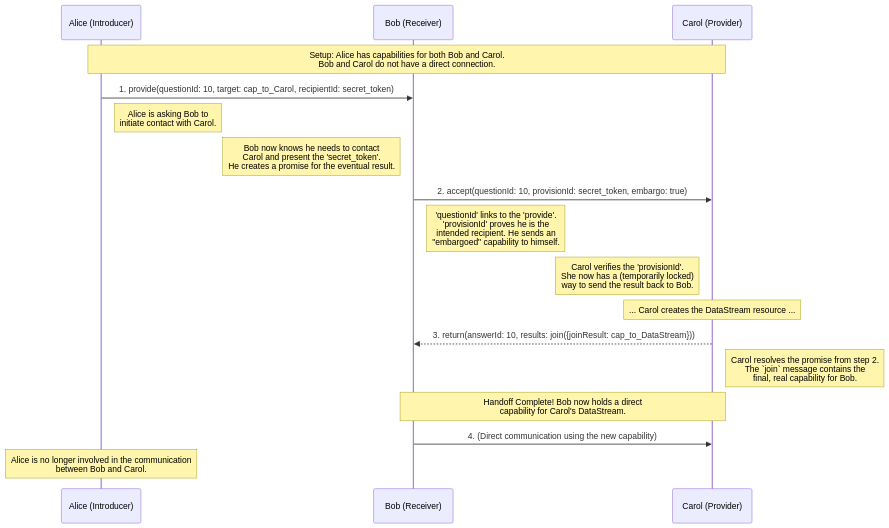
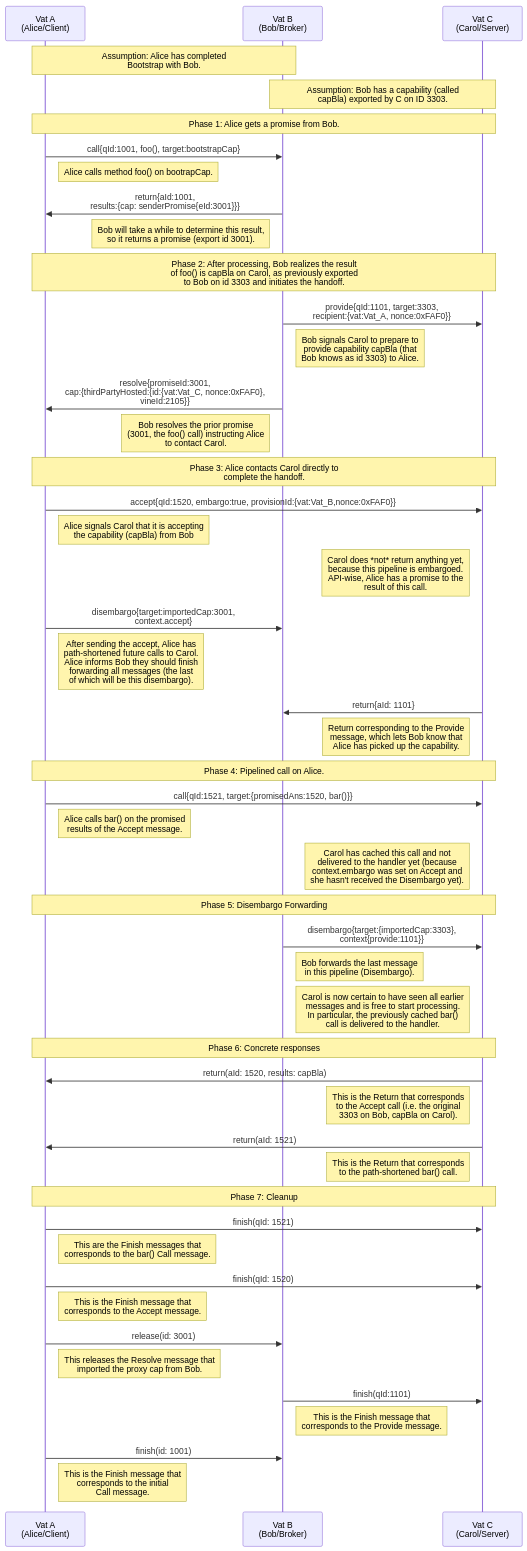
One commit to matheusd/mdcapnp changed the second of 3 diagrams in capnprpc/rpcexp.md. Above: the diagram before and after it, drawn with Mermaid. The commit also changed other lines of this file, not shown here.

Commit message:
rpc: Update doc with 3PH flows

````diff
--- a/capnprpc/rpcexp.md
+++ b/capnprpc/rpcexp.md
@@ -44,31 +54,84 @@
 ```mermaid
 sequenceDiagram
-    participant Alice as Alice (Introducer)
-    participant Bob as Bob (Receiver)
-    participant Carol as Carol (Provider)
+    participant Vat_A as Vat A<br/> (Alice/Client)
+    participant Vat_B as Vat B<br/> (Bob/Broker)
+    participant Vat_C as Vat C<br/> (Carol/Server)
 
-    Note over Alice, Carol: Setup: Alice has capabilities for both Bob and Carol.<br/>Bob and Carol do not have a direct connection.
+    Note over Vat_A, Vat_B: Assumption: Alice has completed <br/>Bootstrap with Bob.
+    Note over Vat_B, Vat_C: Assumption: Bob has a capability (called <br/>capBla) exported by C on ID 3303.
 
-    %% Step 1: Alice tells Bob to expect a capability from Carol.
-    Alice->>Bob: 1. provide(questionId: 10, target: cap_to_Carol, recipientId: secret_token)
-    Note right of Alice: Alice is asking Bob to<br/>initiate contact with Carol.
 
-    Note left of Bob: Bob now knows he needs to contact<br/>Carol and present the 'secret_token'.<br/>He creates a promise for the eventual result.
 
-    %% Step 2: Bob contacts Carol to accept the introduction.
-    Bob->>Carol: 2. accept(questionId: 10, provisionId: secret_token, embargo: true)
-    Note right of Bob: 'questionId' links to the 'provide'.<br/>'provisionId' proves he is the<br/>intended recipient. He sends an<br/>"embargoed" capability to himself.
+    Note over Vat_A, Vat_C: Phase 1: Alice gets a promise from Bob.
+    Vat_A->>Vat_B: call{qId:1001, foo(), target:bootstrapCap}
 
-    Note left of Carol: Carol verifies the 'provisionId'.<br/>She now has a (temporarily locked)<br/>way to send the result back to Bob.
+    Note right of Vat_A: Alice calls method foo() on bootrapCap.
 
-    %% Step 3: Carol creates the resource and sends the capability to Bob.
-    Note over Carol: ... Carol creates the DataStream resource ...
-    Carol-->>Bob: 3. return(answerId: 10, results: join({joinResult: cap_to_DataStream}))
-    Note right of Carol: Carol resolves the promise from step 2.<br/>The `join` message contains the<br/>final, real capability for Bob.
+    Vat_B->>Vat_A: return{aId:1001, <br/>results:{cap: senderPromise{eId:3001}}}
+    Note left of Vat_B: Bob will take a while to determine this result, <br/>so it returns a promise (export id 3001).
 
-    %% Step 4: The final state
-    Note over Bob, Carol: Handoff Complete! Bob now holds a direct<br/>capability for Carol's DataStream.
-    Bob->>Carol: 4. (Direct communication using the new capability)
 
-    Note over Alice: Alice is no longer involved in the communication<br/>between Bob and Carol.
+
+    Note over Vat_A, Vat_C: Phase 2: After processing, Bob realizes the result<br/> of foo() is capBla on Carol, as previously exported<br/> to Bob on id 3303 and initiates the handoff.
+
+    Vat_B->>Vat_C: provide{qId:1101, target:3303, <br/>recipient:{vat:Vat_A, nonce:0xFAF0}}
+    Note right of Vat_B: Bob signals Carol to prepare to <br/> provide capability capBla (that <br/>Bob knows as id 3303) to Alice.
+
+    Vat_B->>Vat_A: resolve{promiseId:3001, <br/>cap:{thirdPartyHosted:{id:{vat:Vat_C, nonce:0xFAF0}, <br/>vineId:2105}}
+    Note left of Vat_B: Bob resolves the prior promise <br/>(3001, the foo() call) instructing Alice<br/> to contact Carol.
+
+
+
+    Note over Vat_A, Vat_C: Phase 3: Alice contacts Carol directly to <br/>complete the handoff.
+
+    Vat_A->>Vat_C: accept{qId:1520, embargo:true, provisionId:{vat:Vat_B,nonce:0xFAF0}}
+    Note right of Vat_A: Alice signals Carol that it is accepting <br/> the capability (capBla) from Bob
+    Note left of Vat_C: Carol does *not* return anything yet,<br/> because this pipeline is embargoed. <br/>API-wise, Alice has a promise to the <br/> result of this call.
+    Vat_A->>Vat_B: disembargo{target:importedCap:3001,<br/> context.accept}
+    Note right of Vat_A: After sending the accept, Alice has <br/> path-shortened future calls to Carol.<br/> Alice informs Bob they should finish <br/> forwarding all messages (the last<br/> of which will be this disembargo).
+    Vat_C->>Vat_B: return{aId: 1101}
+    Note left of Vat_C: Return corresponding to the Provide<br/> message, which lets Bob know that<br/> Alice has picked up the capability.
+
+
+    Note over Vat_A, Vat_C: Phase 4: Pipelined call on Alice.
+
+    Vat_A->>Vat_C: call{qId:1521, target:{promisedAns:1520, bar()}}
+    Note right of Vat_A: Alice calls bar() on the promised <br/>results of the Accept message.
+    Note left of Vat_C: Carol has cached this call and not<br/> delivered to the handler yet (because <br/>context.embargo was set on Accept and<br/> she hasn't received the Disembargo yet).
+
+
+
+    Note over Vat_A, Vat_C: Phase 5: Disembargo Forwarding
+
+    Vat_B->>Vat_C: disembargo{target:{importedCap:3303}, <br>context{provide:1101}}
+    Note right of Vat_B: Bob forwards the last message<br/> in this pipeline (Disembargo).
+    Note left of Vat_C: Carol is now certain to have seen all earlier <br/>messages and is free to start processing.<br/> In particular, the previously cached bar() <br/>call is delivered to the handler.    
+
+
+
+    Note over Vat_A, Vat_C: Phase 6: Concrete responses
+    Vat_C->>Vat_A: return(aId: 1520, results: capBla)
+
+    Note left of Vat_C: This is the Return that corresponds <br/>to the Accept call (i.e. the original<br/> 3303 on Bob, capBla on Carol).    
+    Vat_C->>Vat_A: return(aId: 1521)
+    Note left of Vat_C: This is the Return that corresponds<br/> to the path-shortened bar() call.
+
+
+
+    Note over Vat_A, Vat_C: Phase 7: Cleanup
+
+    Vat_A->>Vat_C: finish(qId: 1521)
+    Note right of Vat_A: This are the Finish messages that<br/>corresponds to the bar() Call message.
+    Vat_A->>Vat_C: finish(qId: 1520)
+    Note right of Vat_A: This is the Finish message that <br>corresponds to the Accept message.
+    
+    Vat_A->>Vat_B: release(id: 3001)
+    Note right of Vat_A: This releases the Resolve message that<br/> imported  the proxy cap from Bob.
+
+    Vat_B->>Vat_C:  finish(qId:1101)
+    Note right of Vat_B: This is the Finish message that <br/> corresponds to the Provide message.
+
+    Vat_A->>Vat_B: finish(id: 1001)
+    Note right of Vat_A: This is the Finish message that<br/> corresponds to the initial<br/> Call message.
+
 ```
````
